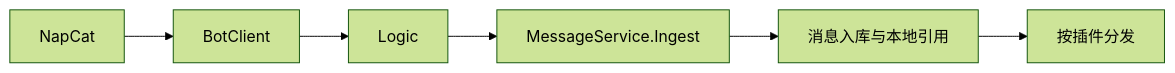
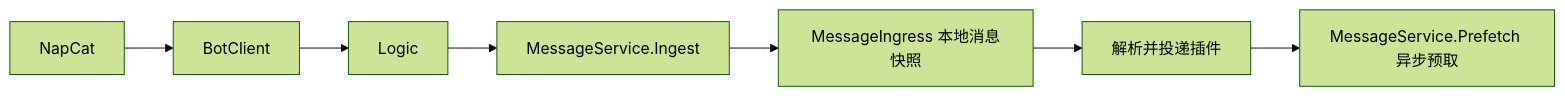
One commit to 57UU/MerryBot changed the diagram in docs/architecture/messages.md. Above: the diagram before and after it, drawn with Mermaid (forest theme). The commit also changed other lines of this file and 10 other files, not shown here.

````diff
--- a/docs/architecture/messages.md
+++ b/docs/architecture/messages.md
@@ -11,8 +11,9 @@
 ```mermaid
 flowchart LR
     N[NapCat] --> B[BotClient]
     B --> L[Logic]
     L --> I[MessageService.Ingest]
-    I --> D[消息入库与本地引用]
-    D --> P[按插件分发]
+    I --> D[MessageIngress 本地消息快照]
+    D --> P[解析并投递插件]
+    P --> R[MessageService.Prefetch 异步预取]
 ```
````
